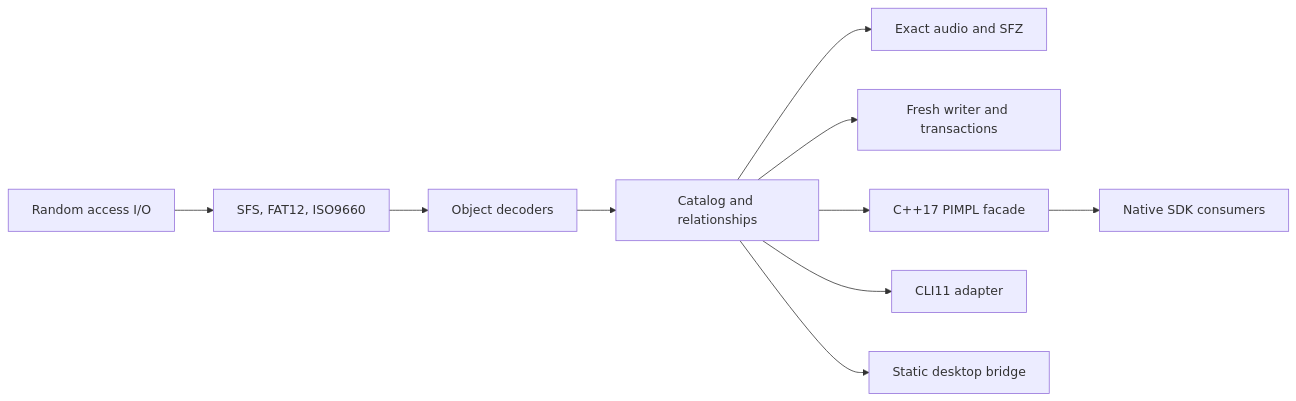
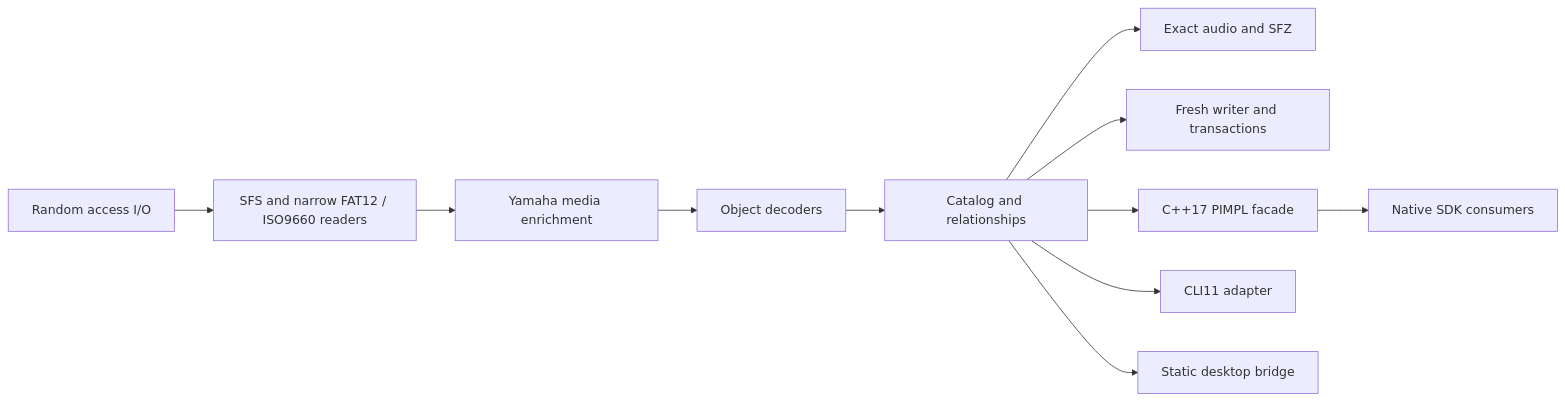
One commit to tphzz/axklib changed the diagram in docs/architecture.md. Above: the diagram before and after it, drawn with Mermaid. The commit also changed other lines of this file and 16 other files, not shown here.

````diff
--- a/docs/architecture.md
+++ b/docs/architecture.md
@@ -6,12 +6,13 @@
 ```mermaid
 flowchart LR
-    IO[Random access I/O] --> Media[SFS, FAT12, ISO9660]
-    Media --> Objects[Object decoders]
+    IO[Random access I/O] --> Media[SFS and narrow FAT12 / ISO9660 readers]
+    Media --> Yamaha[Yamaha media enrichment]
+    Yamaha --> Objects[Object decoders]
     Objects --> Catalog[Catalog and relationships]
     Catalog --> Audio[Exact audio and SFZ]
     Catalog --> Writer[Fresh writer and transactions]
     Catalog --> SDK[C++17 PIMPL facade]
     Catalog --> CLI[CLI11 adapter]
     SDK --> Host[Native SDK consumers]
     Catalog --> Bridge[Static desktop bridge]
 ```
````
